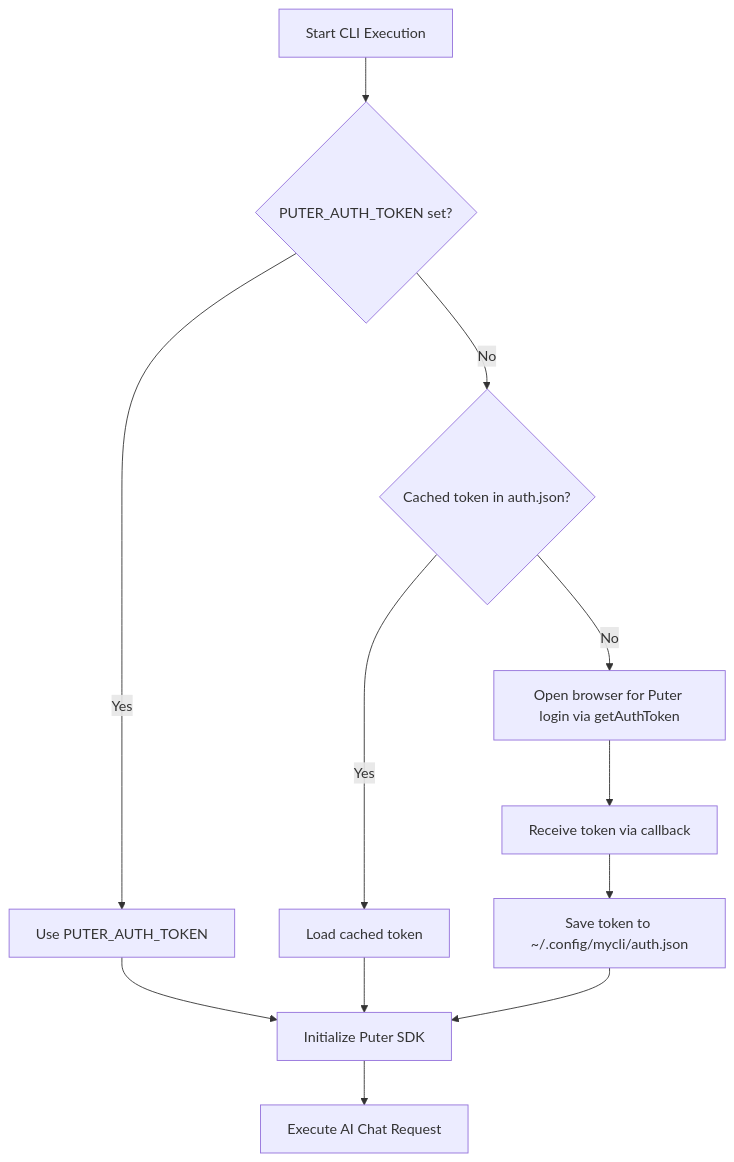
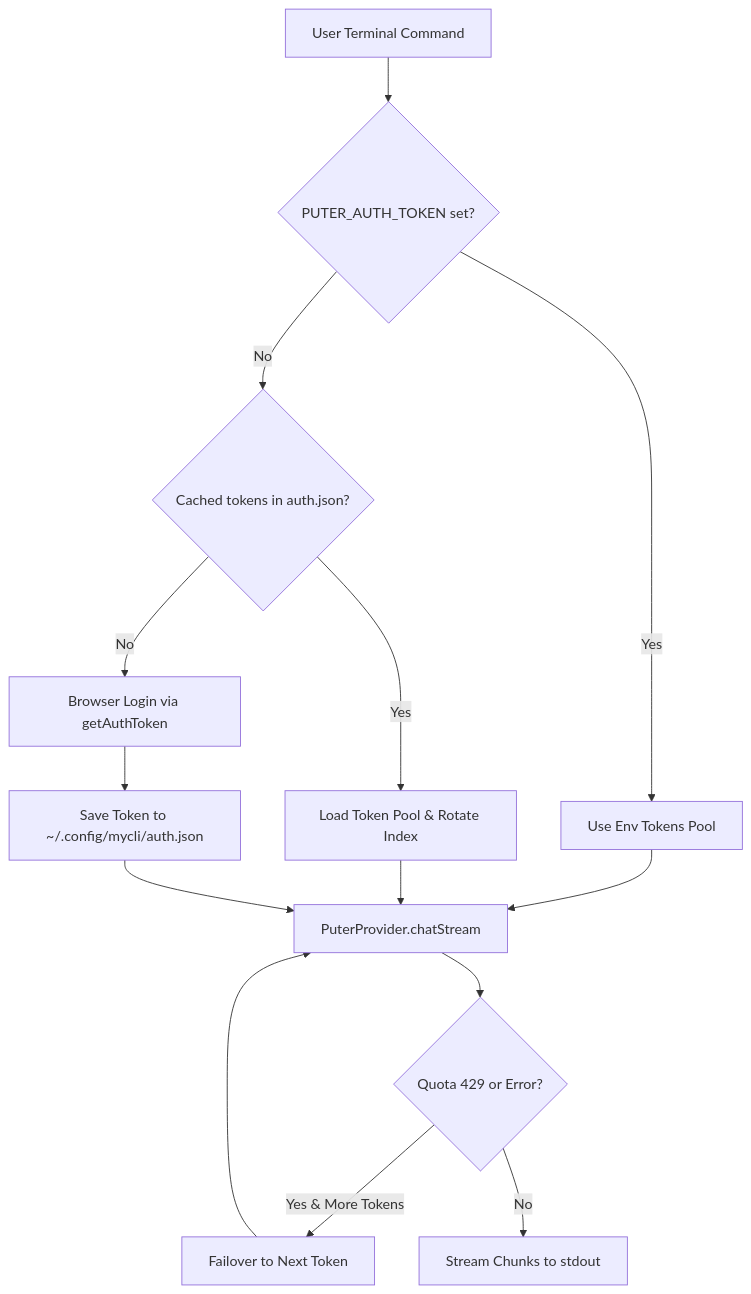
One commit to MishraShardendu22/puter-ai-cli changed the diagram in README.md. Above: the diagram before and after it, drawn with Mermaid. The commit also changed other lines of this file and 7 other files, not shown here.

````diff
--- a/README.md
+++ b/README.md
@@ -72,14 +179,16 @@
 ```mermaid
 graph TD
-    A[Start CLI Execution] --> B{PUTER_AUTH_TOKEN set?}
-    B -- Yes --> C[Use PUTER_AUTH_TOKEN]
-    B -- No --> D{Cached token in auth.json?}
-    D -- Yes --> E[Load cached token]
-    D -- No --> F[Open browser for Puter login via getAuthToken]
-    F --> G[Receive token via callback]
-    G --> H[Save token to ~/.config/mycli/auth.json]
-    C --> I[Initialize Puter SDK]
-    E --> I
-    H --> I
-    I --> J[Execute AI Chat Request]
+    A[User Terminal Command] --> B{PUTER_AUTH_TOKEN set?}
+    B -- Yes --> C[Use Env Tokens Pool]
+    B -- No --> D{Cached tokens in auth.json?}
+    D -- Yes --> E[Load Token Pool & Rotate Index]
+    D -- No --> F[Browser Login via getAuthToken]
+    F --> G[Save Token to ~/.config/mycli/auth.json]
+    C --> H[PuterProvider.chatStream]
+    E --> H
+    G --> H
+    H --> I{Quota 429 or Error?}
+    I -- Yes & More Tokens --> J[Failover to Next Token]
+    J --> H
+    I -- No --> K[Stream Chunks to stdout]
 ```
````
